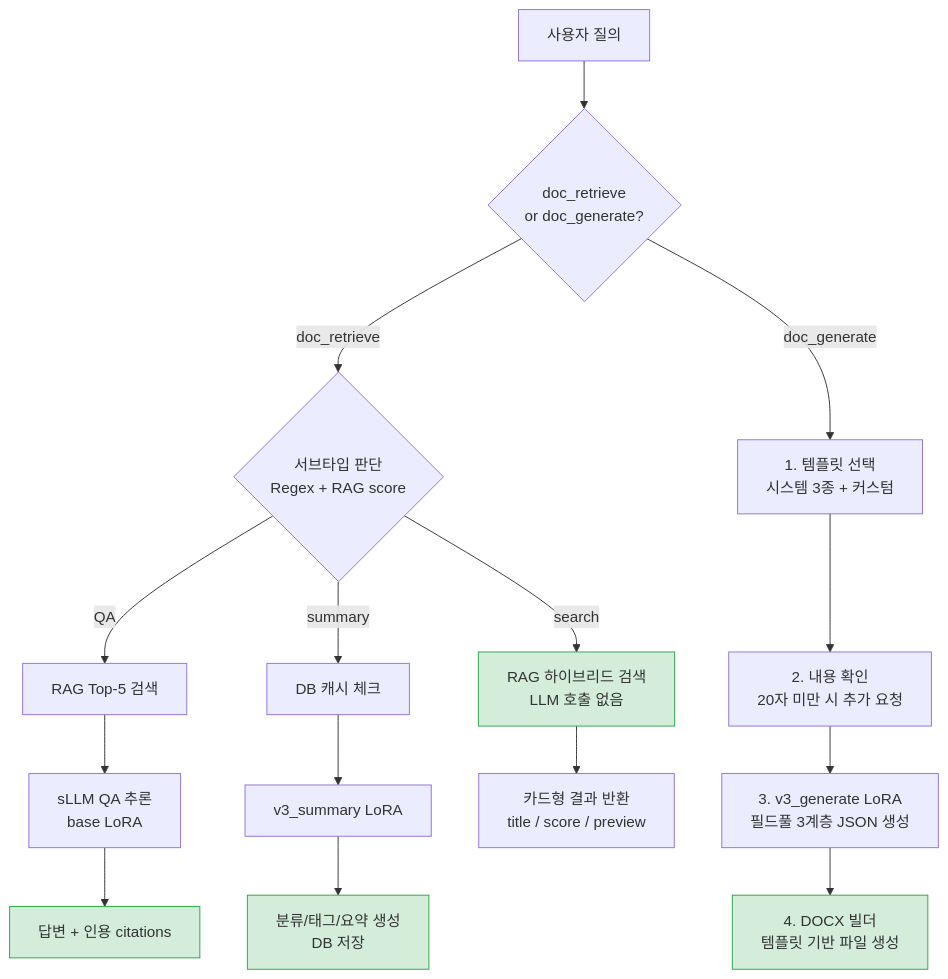
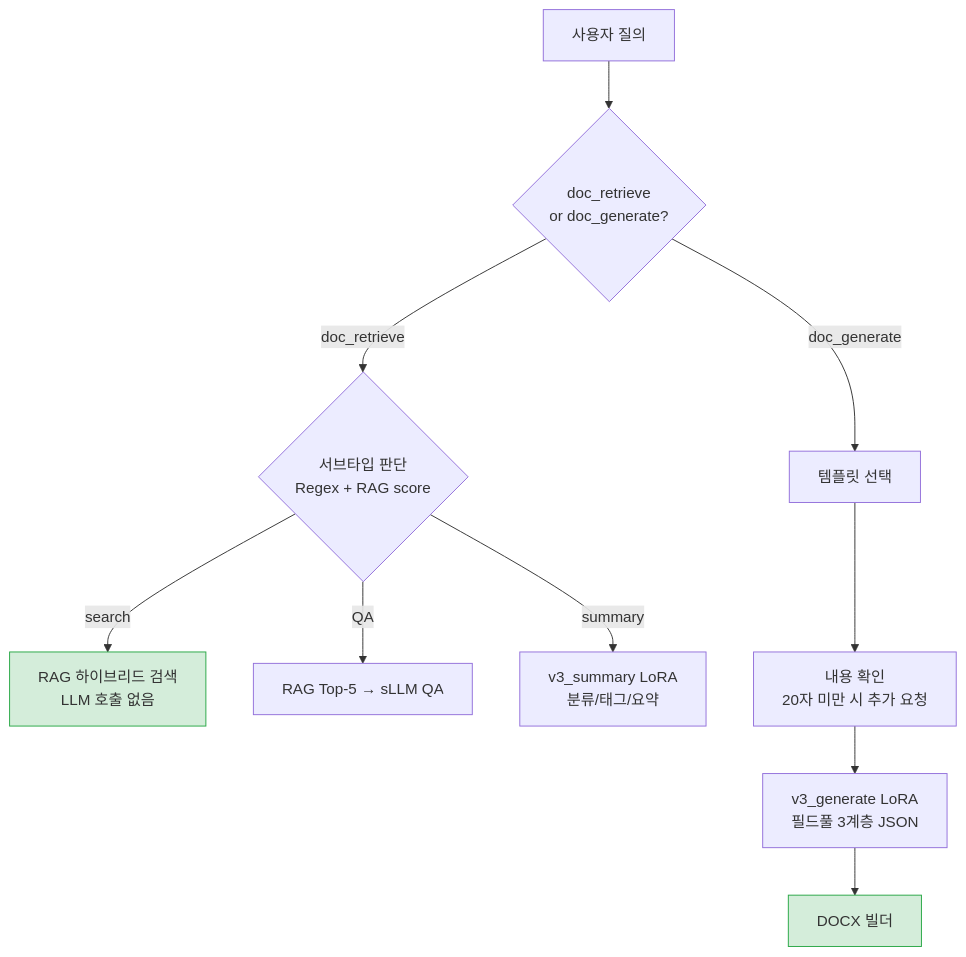
Before and after one commit to SKNETWORKS-FAMILY-AICAMP/SKN21-FINAL-3TEAM: the second of 6 diagrams in README.md, drawn with Mermaid. The commit also changed other lines of this file, not shown here.

````diff
--- a/README.md
+++ b/README.md
@@ -491,27 +148,15 @@
 ```mermaid
 flowchart TB
     Input[사용자 질의] --> Entry{doc_retrieve<br/>or doc_generate?}
 
     Entry -->|doc_retrieve| SubType{서브타입 판단<br/>Regex + RAG score}
     SubType -->|search| Search[RAG 하이브리드 검색<br/>LLM 호출 없음]
-    SubType -->|QA| QA[RAG Top-5 검색]
-    SubType -->|summary| Summary[DB 캐시 체크]
+    SubType -->|QA| QA[RAG Top-5 → sLLM QA]
+    SubType -->|summary| Summary[v3_summary LoRA<br/>분류/태그/요약]
 
-    QA --> QA_LLM[sLLM QA 추론<br/>base LoRA]
-    QA_LLM --> QA_Out[답변 + 인용 citations]
-
-    Summary --> Sum_LLM[v3_summary LoRA]
-    Sum_LLM --> Sum_Out[분류/태그/요약 생성<br/>DB 저장]
-
-    Search --> Search_Out[카드형 결과 반환<br/>title / score / preview]
-
-    Entry -->|doc_generate| T1[1. 템플릿 선택<br/>시스템 3종 + 커스텀]
-    T1 --> T2[2. 내용 확인<br/>20자 미만 시 추가 요청]
-    T2 --> T3[3. v3_generate LoRA<br/>필드풀 3계층 JSON 생성]
-    T3 --> T4[4. DOCX 빌더<br/>템플릿 기반 파일 생성]
+    Entry -->|doc_generate| T1[템플릿 선택] --> T2[내용 확인<br/>20자 미만 시 추가 요청]
+    T2 --> T3[v3_generate LoRA<br/>필드풀 3계층 JSON] --> T4[DOCX 빌더]
 
     style Search fill:#d4edda,stroke:#28a745
-    style QA_Out fill:#d4edda,stroke:#28a745
-    style Sum_Out fill:#d4edda,stroke:#28a745
     style T4 fill:#d4edda,stroke:#28a745
 ```
````
